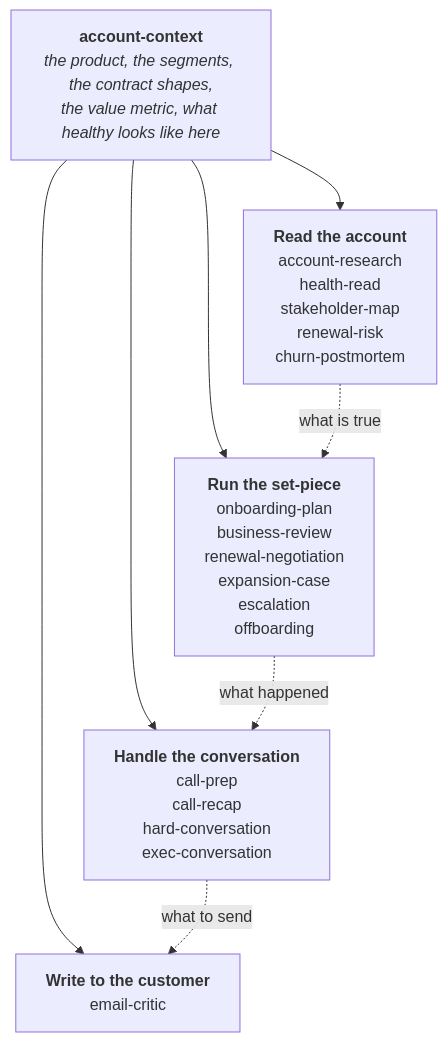
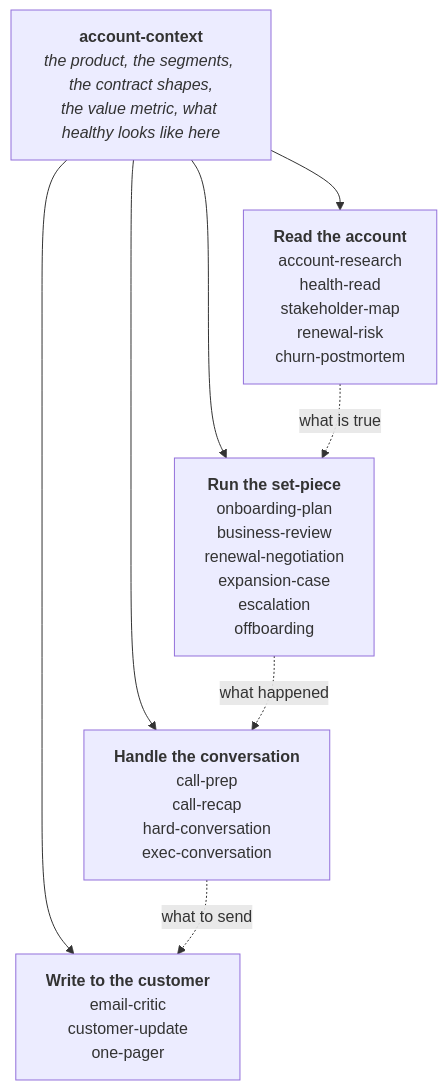
Before and after one commit to CSPulse/Skills: the diagram in README.md, drawn with Mermaid. The commit also changed other lines of this file and 9 other files, not shown here.

First line of the commit message:
Add customer-update and one-pager, completing 'write to the customer'

````diff
--- a/README.md
+++ b/README.md
@@ -31,13 +31,13 @@
 ```mermaid
 flowchart TB
     AC["<b>account-context</b><br/><i>the product, the segments, the contract shapes,<br/>the value metric, what healthy looks like here</i>"]
 
     AC --> R["<b>Read the account</b><br/>account-research<br/>health-read<br/>stakeholder-map<br/>renewal-risk<br/>churn-postmortem"]
     AC --> S["<b>Run the set-piece</b><br/>onboarding-plan<br/>business-review<br/>renewal-negotiation<br/>expansion-case<br/>escalation<br/>offboarding"]
     AC --> C["<b>Handle the conversation</b><br/>call-prep<br/>call-recap<br/>hard-conversation<br/>exec-conversation"]
-    AC --> W["<b>Write to the customer</b><br/>email-critic"]
+    AC --> W["<b>Write to the customer</b><br/>email-critic<br/>customer-update<br/>one-pager"]
 
     R -.->|"what is true"| S
     S -.->|"what happened"| C
     C -.->|"what to send"| W
 ```
````
